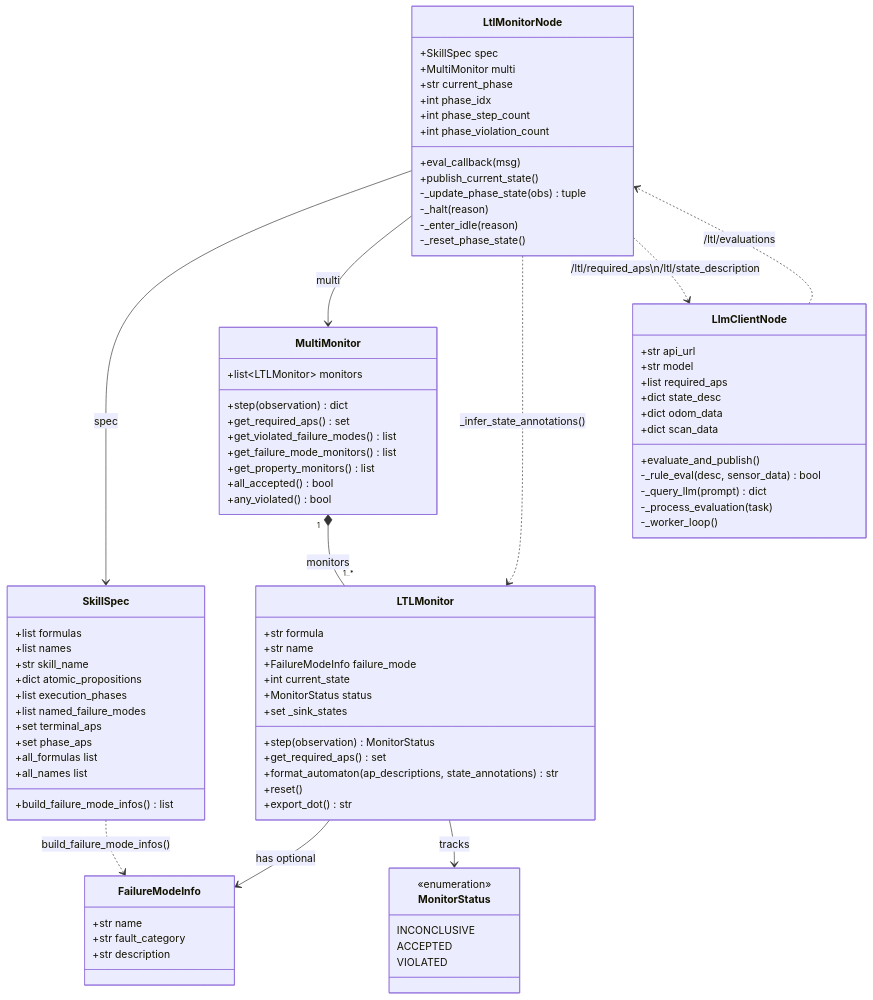
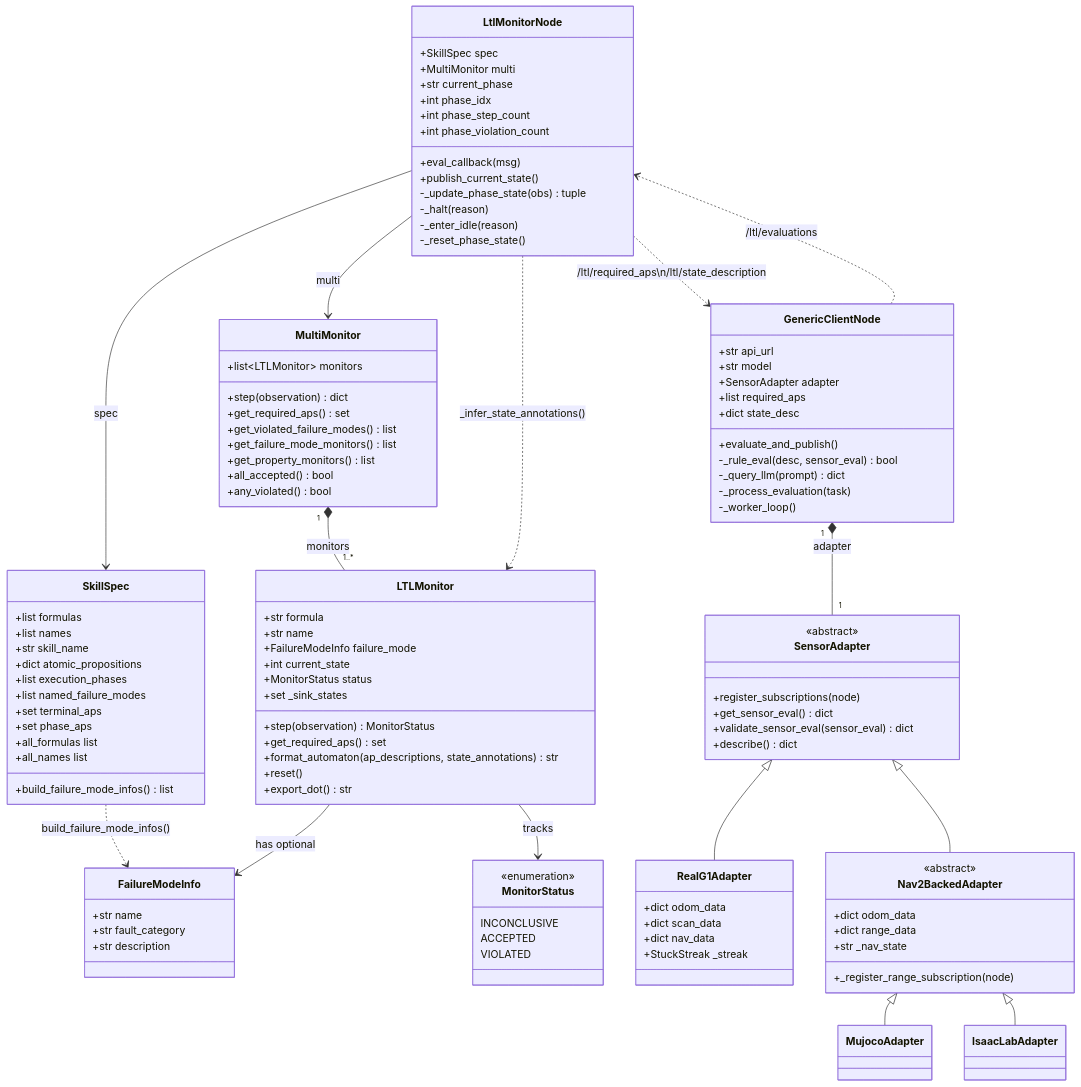
The fifth of 5 diagrams in README.md (pinhas019/LtlMonitor), drawn with Mermaid before and after one commit. The commit also changed other lines of this file and 2 other files, not shown here.

First line of the commit message:
docs: update README/system_description/g1_bridges for the adapter architecture

````diff
--- a/README.md
+++ b/README.md
@@ -389,15 +466,40 @@
         -_reset_phase_state()
     }
 
-    class LlmClientNode {
+    class SensorAdapter {
+        <<abstract>>
+        +register_subscriptions(node)
+        +get_sensor_eval() dict
+        +validate_sensor_eval(sensor_eval) dict
+        +describe() dict
+    }
+
+    class RealG1Adapter {
+        +dict odom_data
+        +dict scan_data
+        +dict nav_data
+        +StuckStreak _streak
+    }
+
+    class Nav2BackedAdapter {
+        <<abstract>>
+        +dict odom_data
+        +dict range_data
+        +str _nav_state
+        +_register_range_subscription(node)
+    }
+
+    class MujocoAdapter
+    class IsaacLabAdapter
+
+    class GenericClientNode {
         +str api_url
         +str model
+        +SensorAdapter adapter
         +list required_aps
         +dict state_desc
-        +dict odom_data
-        +dict scan_data
         +evaluate_and_publish()
-        -_rule_eval(desc, sensor_data) bool
+        -_rule_eval(desc, sensor_eval) bool
         -_query_llm(prompt) dict
         -_process_evaluation(task)
         -_worker_loop()
@@ -413,6 +515,13 @@
     LtlMonitorNode --> MultiMonitor      : multi
     LtlMonitorNode ..> LTLMonitor        : _infer_state_annotations()
 
-    LlmClientNode ..> LtlMonitorNode     : /ltl/evaluations
-    LtlMonitorNode ..> LlmClientNode     : /ltl/required_aps\n/ltl/state_description
+    SensorAdapter <|-- RealG1Adapter
+    SensorAdapter <|-- Nav2BackedAdapter
+    Nav2BackedAdapter <|-- MujocoAdapter
+    Nav2BackedAdapter <|-- IsaacLabAdapter
+
+    GenericClientNode "1" *-- "1" SensorAdapter : adapter
+
+    GenericClientNode ..> LtlMonitorNode     : /ltl/evaluations
+    LtlMonitorNode ..> GenericClientNode     : /ltl/required_aps\n/ltl/state_description
 ```
````
